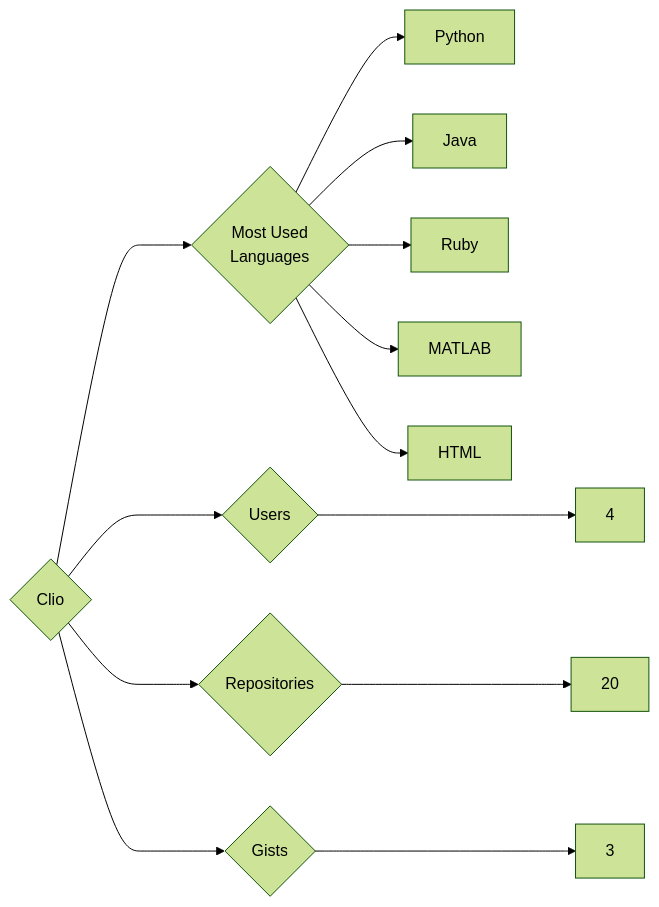
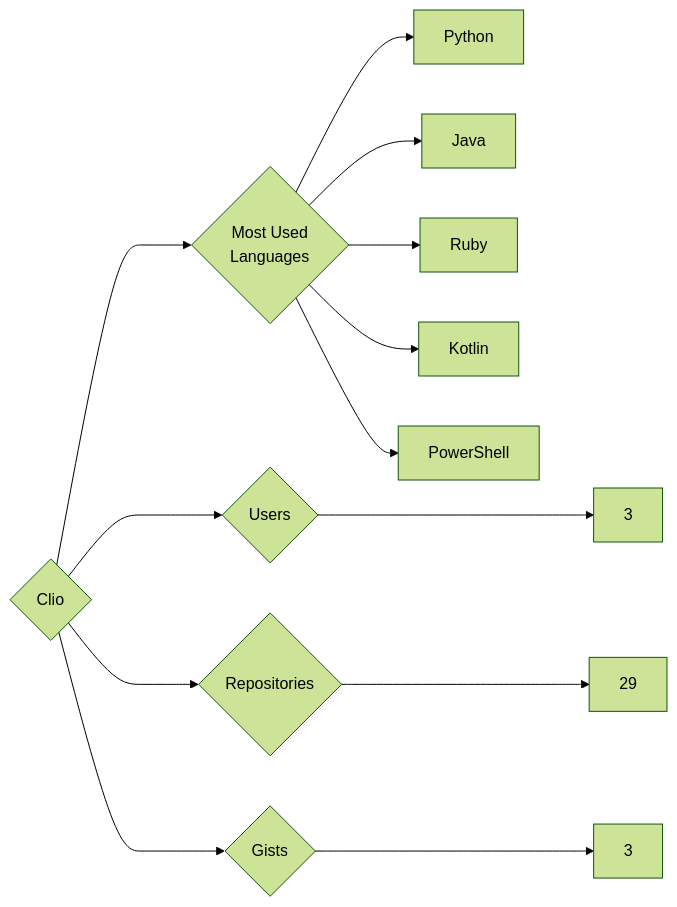
One commit to trickest/insiders changed the diagram in targets/Clio/README.md. Above: the diagram before and after it, drawn with Mermaid (forest theme). The commit also changed 1088 other files, not shown here.

````diff
--- a/targets/Clio/README.md
+++ b/targets/Clio/README.md
@@ -3,13 +3,13 @@
 ```mermaid
 graph LR
 COMPANY_NAME{Clio}
-COMPANY_NAME ---> U{Users} ---> UN[4]
-COMPANY_NAME ---> R{Repositories} ---> RN[20]
+COMPANY_NAME ---> U{Users} ---> UN[3]
+COMPANY_NAME ---> R{Repositories} ---> RN[29]
 COMPANY_NAME ---> G{Gists} ---> GN[3]
 COMPANY_NAME ---> ML{Most Used<br>Languages}
 ML --> Python[Python]
 ML --> Java[Java]
 ML --> Ruby[Ruby]
-ML --> MATLAB[MATLAB]
-ML --> HTML[HTML]
+ML --> Kotlin[Kotlin]
+ML --> PowerShell[PowerShell]
 ```
````
